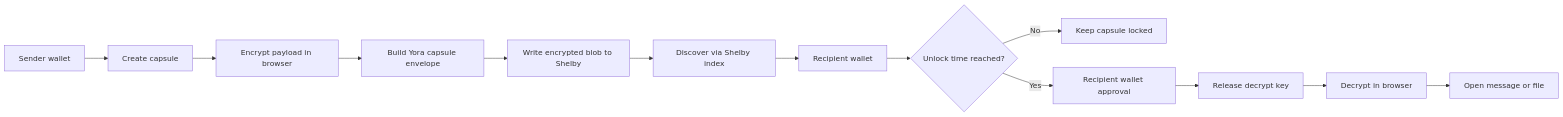
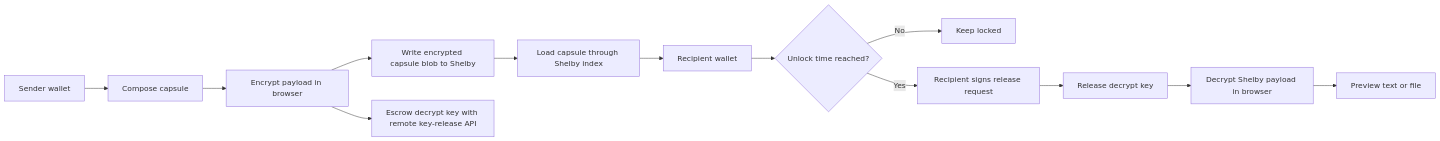
Before and after one commit to Immomoo/Yora: the first of 2 diagrams in README.md, drawn with Mermaid. The commit also changed other lines of this file, not shown here.

Commit message:
Rewrite project README for Shelby submission

````diff
--- a/README.md
+++ b/README.md
@@ -63,15 +89,15 @@
 ```mermaid
 flowchart LR
-  Sender[Sender wallet] --> Compose[Create capsule]
+  Sender[Sender wallet] --> Compose[Compose capsule]
   Compose --> Encrypt[Encrypt payload in browser]
-  Encrypt --> Envelope[Build Yora capsule envelope]
-  Envelope --> Shelby[Write encrypted blob to Shelby]
-  Shelby --> Index[Discover via Shelby index]
+  Encrypt --> Shelby[Write encrypted capsule blob to Shelby]
+  Encrypt --> Escrow[Escrow decrypt key with remote key-release API]
+  Shelby --> Index[Load capsule through Shelby index]
   Index --> Recipient[Recipient wallet]
-  Recipient --> Check{Unlock time reached?}
-  Check -- No --> Locked[Keep capsule locked]
-  Check -- Yes --> Approval[Recipient wallet approval]
-  Approval --> Release[Release decrypt key]
-  Release --> Decrypt[Decrypt in browser]
-  Decrypt --> Open[Open message or file]
+  Recipient --> Time{Unlock time reached?}
+  Time -- No --> Locked[Keep locked]
+  Time -- Yes --> Sign[Recipient signs release request]
+  Sign --> Release[Release decrypt key]
+  Release --> Decrypt[Decrypt Shelby payload in browser]
+  Decrypt --> Preview[Preview text or file]
 ```
````
